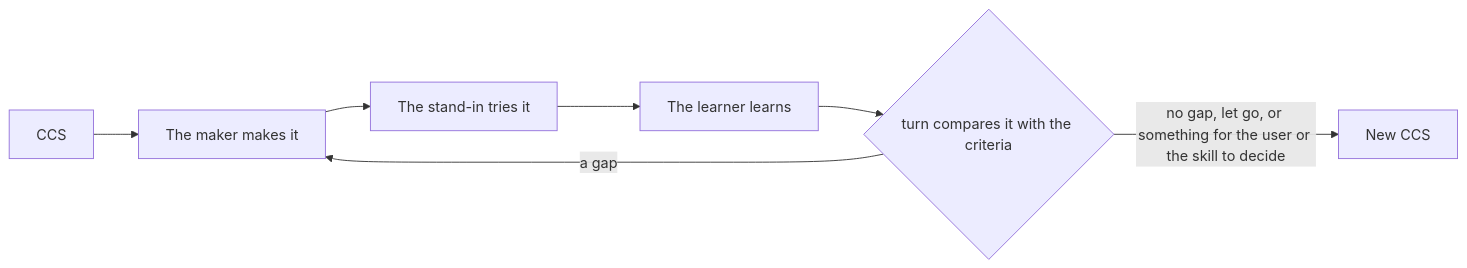
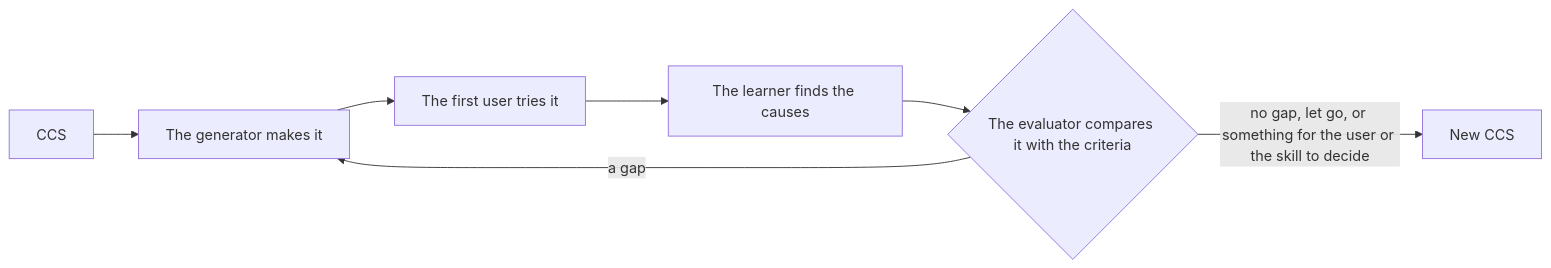
The second of 2 diagrams in turn/README.md (lovaizu/ccpm), drawn with Mermaid before and after one commit. The commit also changed other lines of this file and 2 other files, not shown here.

First line of the commit message:
turn: roles are orchestrator, generator, first user, learner and evaluator; only the evaluator decides; the README says what a kind is

````diff
--- a/turn/README.md
+++ b/turn/README.md
@@ -72,9 +72,9 @@
 ```mermaid
 flowchart LR
-  I[CCS] --> M[The maker makes it]
-  M --> U[The stand-in tries it]
-  U --> L[The learner learns]
-  L --> J{turn compares it with the criteria}
+  I[CCS] --> M[The generator makes it]
+  M --> U[The first user tries it]
+  U --> L[The learner finds the causes]
+  L --> J{The evaluator compares it with the criteria}
   J -->|a gap| M
   J -->|no gap, let go, or something for the user or the skill to decide| O[New CCS]
 ```
````
